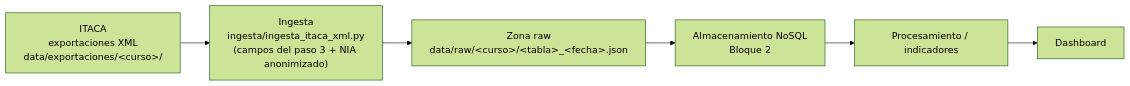
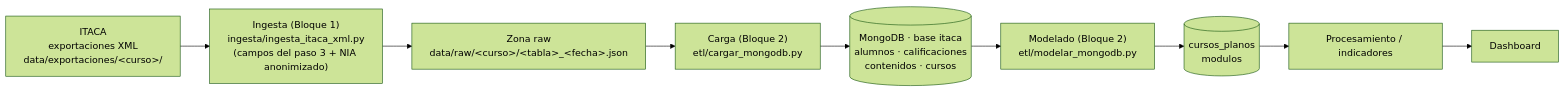
Before and after one commit to DCast-Alu/bigdata-p1-itaca: the first of 2 diagrams in README.md, drawn with Mermaid (forest theme). The commit also changed other lines of this file and 10 other files, not shown here.

First line of the commit message:
Bloque 2: modelado en MongoDB (carga, cursos_planos y modulos)

````diff
--- a/README.md
+++ b/README.md
@@ -11,8 +12,11 @@
 ```mermaid
 graph LR
-    A["ITACA<br/>exportaciones XML<br/>data/exportaciones/&lt;curso&gt;/"] --> B["Ingesta<br/>ingesta/ingesta_itaca_xml.py<br/>(campos del paso 3 + NIA anonimizado)"]
+    A["ITACA<br/>exportaciones XML<br/>data/exportaciones/&lt;curso&gt;/"] --> B["Ingesta (Bloque 1)<br/>ingesta/ingesta_itaca_xml.py<br/>(campos del paso 3 + NIA anonimizado)"]
     B --> C["Zona raw<br/>data/raw/&lt;curso&gt;/&lt;tabla&gt;_&lt;fecha&gt;.json"]
-    C --> D[Almacenamiento NoSQL<br/>Bloque 2]
-    D --> E[Procesamiento / indicadores]
-    E --> F[Dashboard]
+    C --> D["Carga (Bloque 2)<br/>etl/cargar_mongodb.py"]
+    D --> E[("MongoDB · base itaca<br/>alumnos · calificaciones<br/>contenidos · cursos")]
+    E --> F["Modelado (Bloque 2)<br/>etl/modelar_mongodb.py"]
+    F --> G[("cursos_planos<br/>modulos")]
+    G --> H[Procesamiento / indicadores]
+    H --> I[Dashboard]
 ```
````
